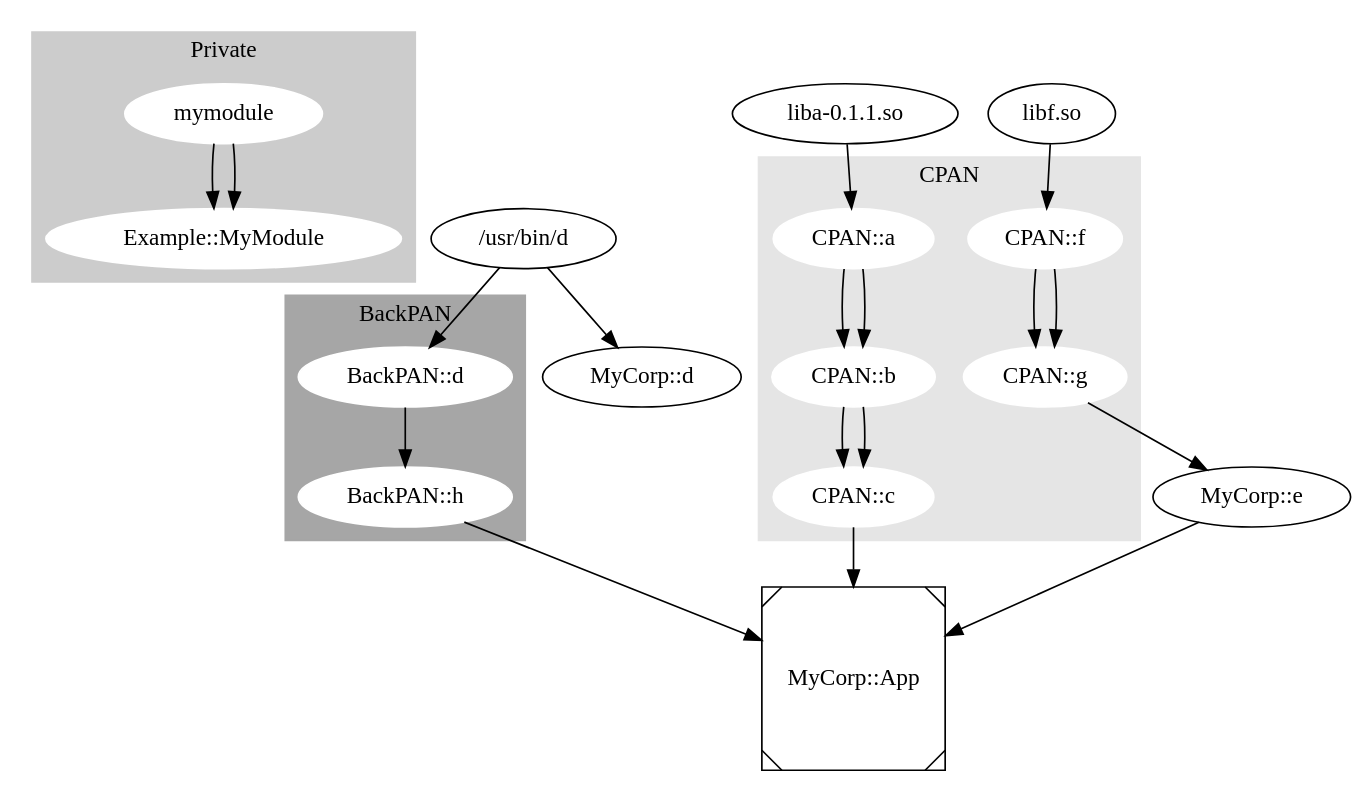
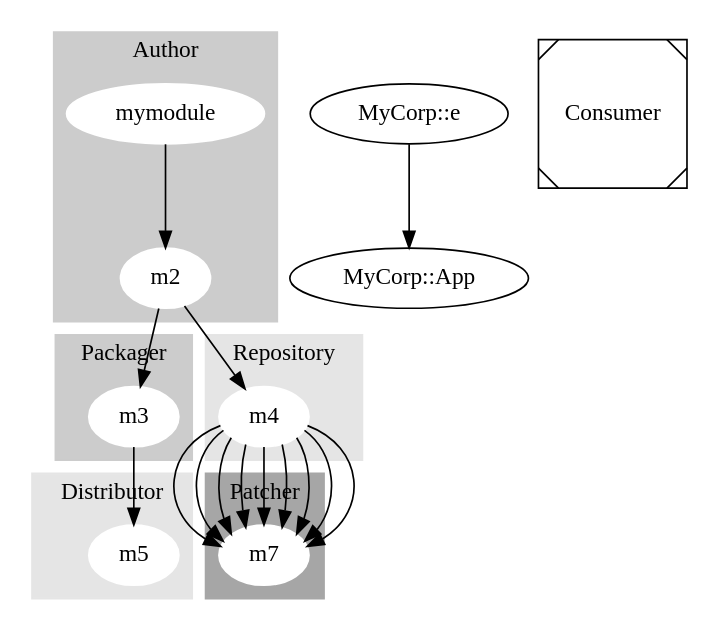
One commit to CPAN-Security/security.metacpan.org changed the diagram in media/CPAN-supplychain.dot. Above: the diagram before and after it, drawn with Graphviz.

Commit message:
Add keywords based on discussions at Hackeriet

```diff
--- a/media/CPAN-supplychain.dot
+++ b/media/CPAN-supplychain.dot
@@ -1,64 +1,127 @@
 # This file can be generated with https://dreampuf.github.io/GraphvizOnline/
+# or https://sketchviz.com/
 
 digraph CPANCompleteSupplyChain {
 
-  subgraph cluster_author1_private {
+  subgraph cluster_author {
+    style=filled;
+    color="grey80";
+	shape=Msquare;
+    node [style=filled,color=white];
+    label = "Author";
+
+    "mymodule" -> "m2";
+  }
+
+  subgraph cluster_packager {
     style=filled;
     color="grey80";
     node [style=filled,color=white];
-    label = "Private";
+    label = "Packager";
 
-    "mymodule" -> "Example::MyModule";
-  }
-
-  subgraph cluster_author2_private {
-    style=filled;
-    color="grey80";
-    node [style=filled,color=white];
-    label = "DarkPAN";
-
-    "mymodule" -> "Example::MyModule";
+    "m2" -> "m3";
   }
 
 
-  subgraph cluster_repository_private {
+  subgraph cluster_repository {
     style=filled;
     color="grey90";
     node [style=filled,color=white];
-    label = "CPAN";
+    label = "Repository";
 
-    "CPAN::a" -> "CPAN::b" -> "CPAN::c";
-    "CPAN::f" -> "CPAN::g";
+    "m2" -> "m4";
   }
 
-  subgraph cluster_repository_public {
+  subgraph cluster_distributor {
     style=filled;
     color="grey90";
     node [style=filled,color=white];
-    label = "CPAN";
+    label = "Distributor";
 
-    "CPAN::a" -> "CPAN::b" -> "CPAN::c";
-    "CPAN::f" -> "CPAN::g";
+    "m3" -> "m5";
   }
 
-
-  subgraph cluster_cpan {
+  subgraph cluster_patcher {
     style=filled;
     color="grey65";
     node [style=filled,color=white];
-    label = "BackPAN";
-    
-    "BackPAN::d" -> "BackPAN::h";
+    label = "Patcher";
+
+    "m4" -> "m7";
   }
 
-  "libf.so" -> "CPAN::f";
-  "CPAN::g" -> "MyCorp::e";
-  "/usr/bin/d" -> "BackPAN::d";
-  "/usr/bin/d" -> "MyCorp::d";
-  "CPAN::c" -> "MyCorp::App";
-  "liba-0.1.1.so" -> "CPAN::a";
-  "BackPAN::h" -> "MyCorp::App";
+  subgraph cluster_curator {
+    style=filled;
+    color="grey65";
+    node [style=filled,color=white];
+    label = "Curator";
+
+    "m4" -> "m7";
+  }
+
+  subgraph cluster_reviewer {
+    style=filled;
+    color="grey65";
+    node [style=filled,color=white];
+    label = "Security reviewer / Pentester";
+
+    "m4" -> "m7";
+  }
+
+  subgraph cluster_developer {
+    style=filled;
+    color="grey65";
+    node [style=filled,color=white];
+    label = "Developer";
+
+    "m4" -> "m7";
+  }
+
+  subgraph cluster_tester {
+    style=filled;
+    color="grey65";
+    node [style=filled,color=white];
+    label = "Quality Assurance / Tester";
+
+    "m4" -> "m7";
+  }
+
+  subgraph cluster_secops {
+    style=filled;
+    color="grey65";
+    node [style=filled,color=white];
+    label = "Security / Operations";
+
+    "m4" -> "m7";
+  }
+
+  subgraph cluster_deployer {
+    style=filled;
+    color="grey65";
+    node [style=filled,color=white];
+    label = "Deployer";
+
+    "m4" -> "m7";
+  }
+
+  subgraph cluster_consumer {
+    style=filled;
+    color="grey65";
+    node [style=filled,color=white];
+    label = "Consumer";
+
+    "m4" -> "m7";
+  }
+
+  subgraph cluster_auditor {
+    style=filled;
+    color="grey65";
+    node [style=filled,color=white];
+    label = "Auditor";
+
+    "m4" -> "m7";
+  }
+
   "MyCorp::e" -> "MyCorp::App";
-  
-   "MyCorp::App" [shape=Msquare];
+   "Consumer" [shape=Msquare];
 }
```
